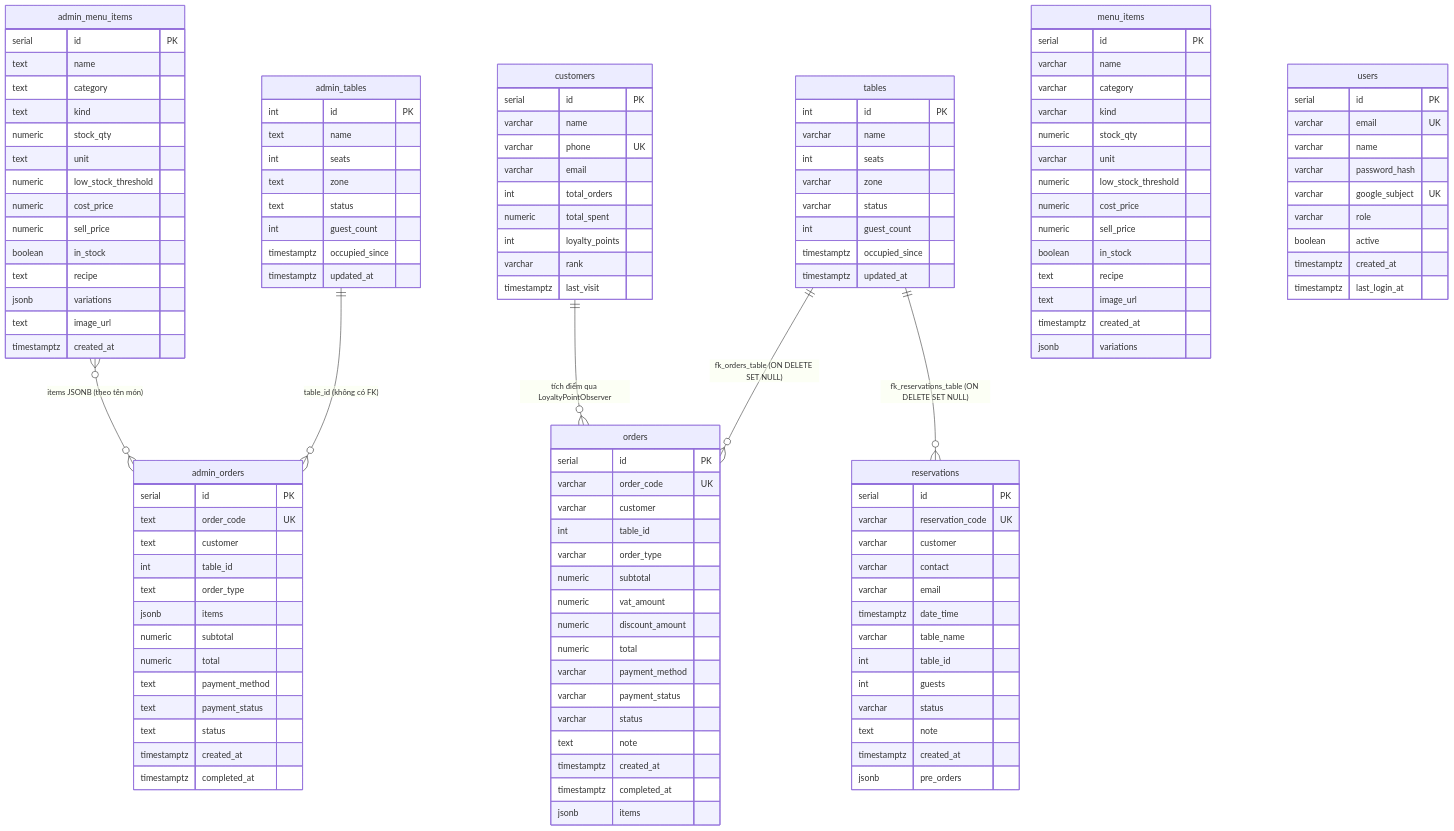
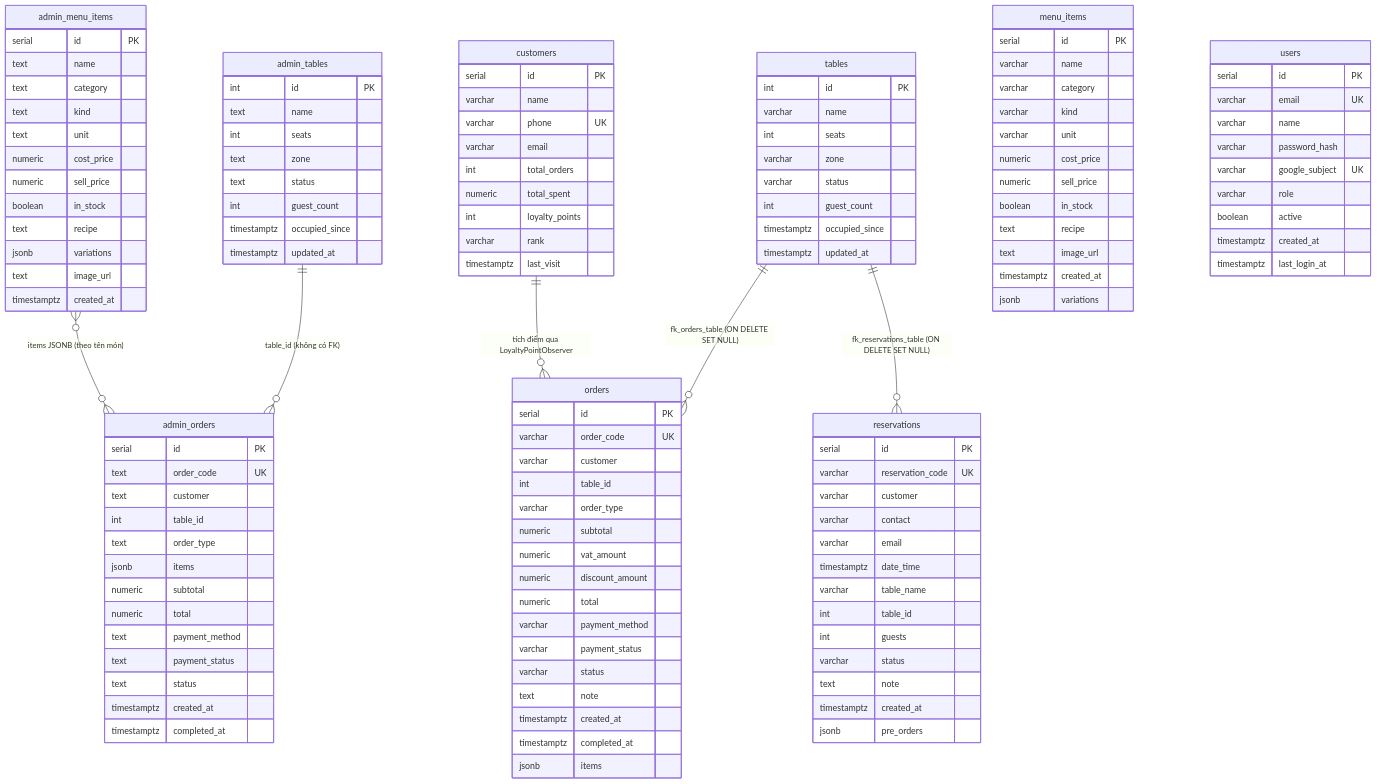
One commit to HubertPhung/WebQuanLyQuanCafe-DesignPatterns changed the diagram in docs/DATABASE.md. Above: the diagram before and after it, drawn with Mermaid. The commit also changed other lines of this file and 39 other files, not shown here.

```diff
--- a/docs/DATABASE.md
+++ b/docs/DATABASE.md
@@ -38,9 +38,7 @@
         text name
         text category
         text kind
-        numeric stock_qty
         text unit
-        numeric low_stock_threshold
         numeric cost_price
         numeric sell_price
         boolean in_stock
@@ -79,9 +77,7 @@
         varchar name
         varchar category
         varchar kind
-        numeric stock_qty
         varchar unit
-        numeric low_stock_threshold
         numeric cost_price
         numeric sell_price
         boolean in_stock
```
